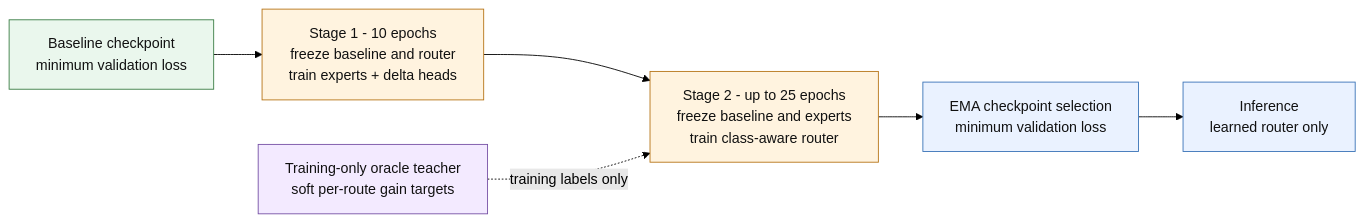
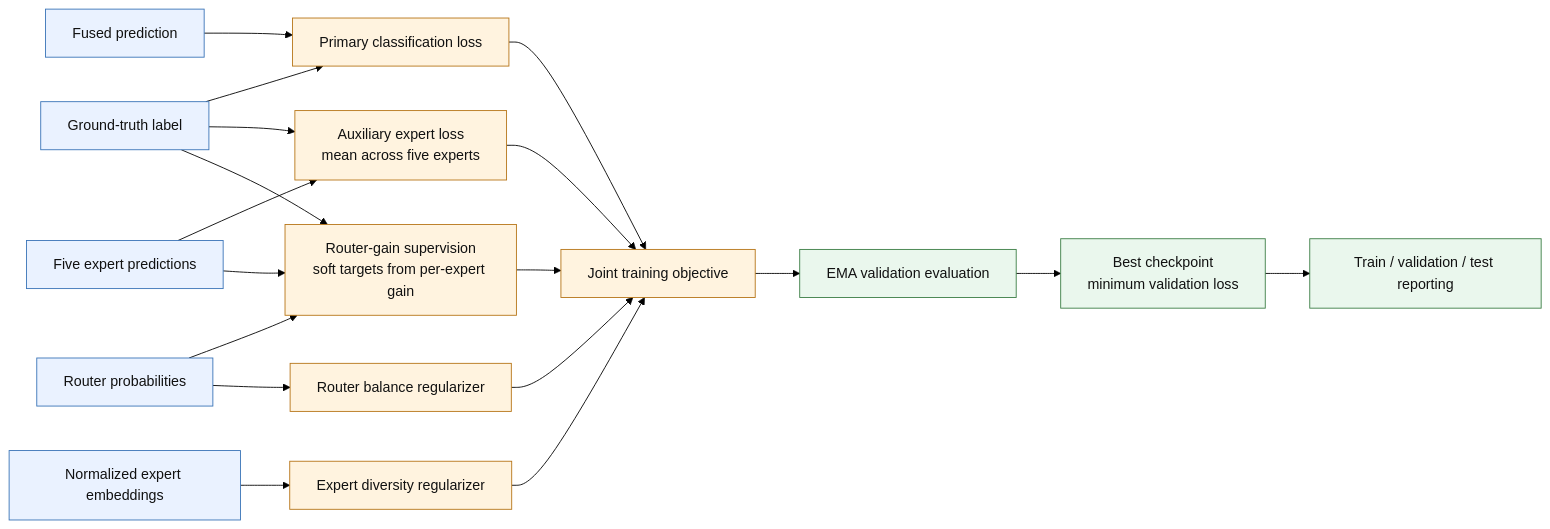
Before and after one commit to AnushtupGhosh5/Classification: the second of 2 diagrams in ARCHITECTURE_DIAGRAM.md, drawn with Mermaid (forest theme). The commit also changed other lines of this file and 11 other files, not shown here.

First line of the commit message:
Add five-expert lesion MoE model and paired lesion MoE implementation

````diff
--- a/ARCHITECTURE_DIAGRAM.md
+++ b/ARCHITECTURE_DIAGRAM.md
@@ -70,21 +72,38 @@
 ```mermaid
 flowchart LR
-    CKPT["Baseline checkpoint<br/>minimum validation loss"]
-    S1["Stage 1 - 10 epochs<br/>freeze baseline and router<br/>train experts + delta heads"]
-    S2["Stage 2 - up to 25 epochs<br/>freeze baseline and experts<br/>train class-aware router"]
-    TEACH["Training-only oracle teacher<br/>soft per-route gain targets"]
-    SELECT["EMA checkpoint selection<br/>minimum validation loss"]
-    TEST["Inference<br/>learned router only"]
+    Y["Ground-truth label"]
+    FINAL["Fused prediction"]
+    EX["Five expert predictions"]
+    RP["Router probabilities"]
+    EMB["Normalized expert embeddings"]
 
-    CKPT --> S1 --> S2 --> SELECT --> TEST
-    TEACH -. "training labels only" .-> S2
+    FINAL --> LF["Primary classification loss"]
+    Y --> LF
 
-    classDef frozen fill:#EAF7ED,stroke:#3A7D44,color:#111;
-    classDef train fill:#FFF3DF,stroke:#B67416,color:#111;
-    classDef oracle fill:#F3EAFF,stroke:#7550A5,color:#111;
-    classDef final fill:#EAF2FF,stroke:#3973B7,color:#111;
-    class CKPT frozen;
-    class S1,S2 train;
-    class TEACH oracle;
-    class SELECT,TEST final;
+    EX --> LE["Auxiliary expert loss<br/>mean across five experts"]
+    Y --> LE
+
+    RP --> LG["Router-gain supervision<br/>soft targets from per-expert gain"]
+    EX --> LG
+    Y --> LG
+
+    RP --> LB["Router balance regularizer"]
+    EMB --> LD["Expert diversity regularizer"]
+
+    LF --> TOTAL["Joint training objective"]
+    LE --> TOTAL
+    LG --> TOTAL
+    LB --> TOTAL
+    LD --> TOTAL
+
+    TOTAL --> EMA["EMA validation evaluation"]
+    EMA --> CKPT["Best checkpoint<br/>minimum validation loss"]
+    CKPT --> TEST["Train / validation / test reporting"]
+
+    classDef supervision fill:#EAF2FF,stroke:#3973B7,color:#111;
+    classDef loss fill:#FFF3DF,stroke:#B67416,color:#111;
+    classDef select fill:#EAF7ED,stroke:#3A7D44,color:#111;
+    class Y,FINAL,EX,RP,EMB supervision;
+    class LF,LE,LG,LB,LD,TOTAL loss;
+    class EMA,CKPT,TEST select;
 ```
````
